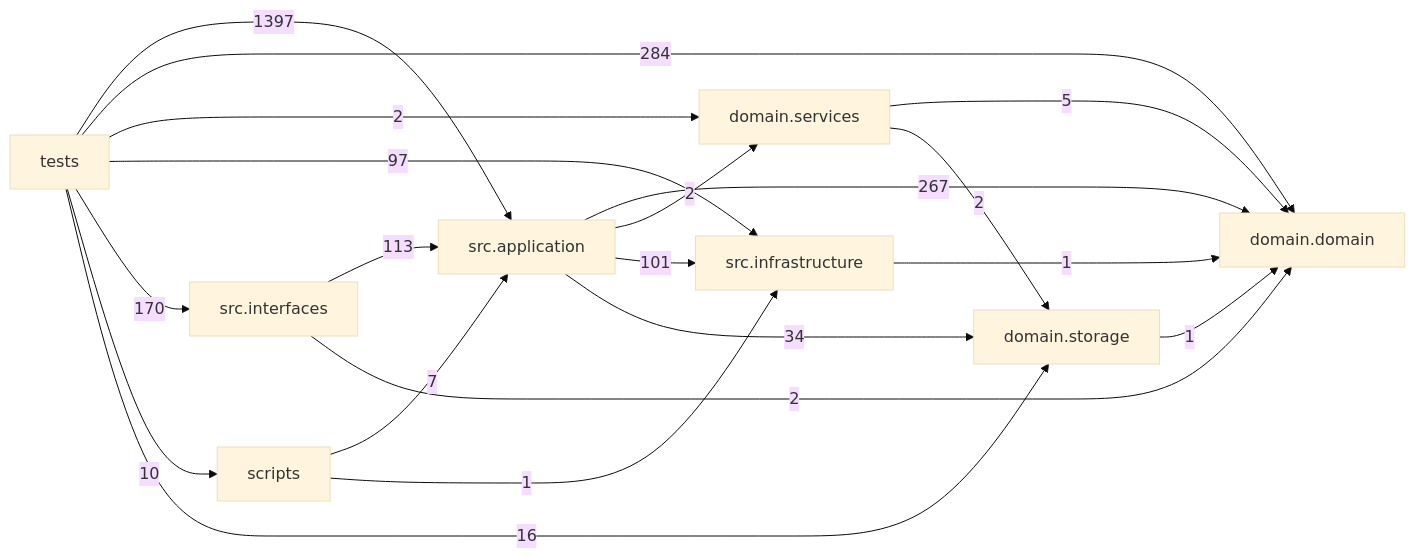
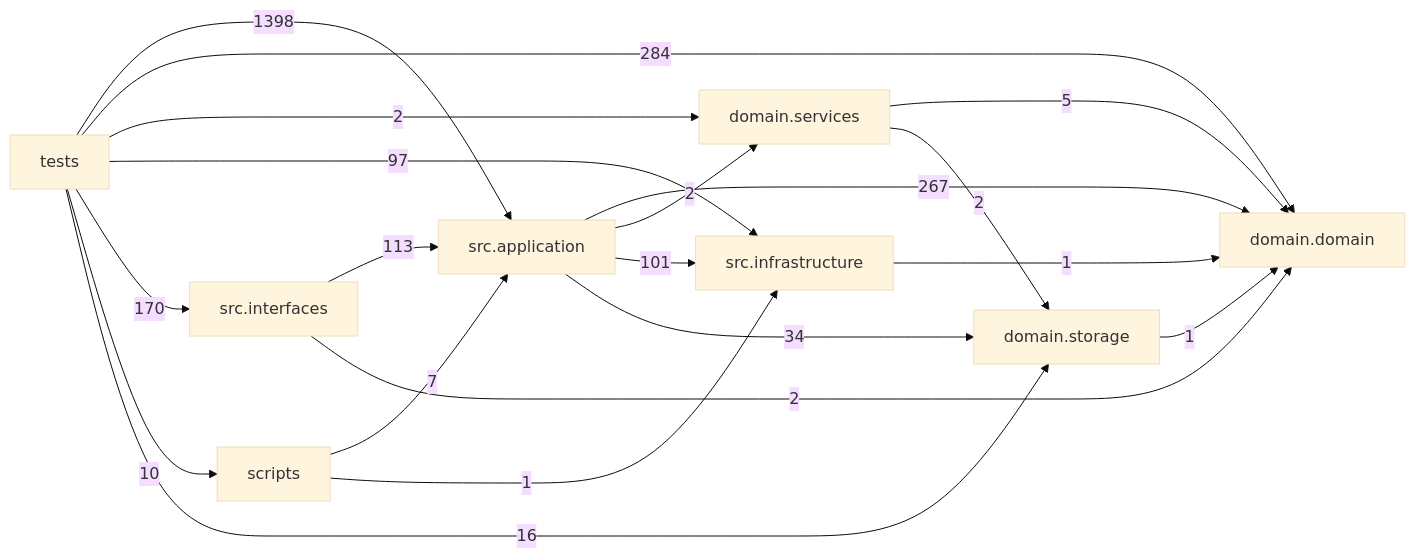
Before and after one commit to liuxie066/options-monitor: the diagram in docs/DEPENDENCY_GRAPH.md, drawn with Mermaid (base theme). The commit also changed other lines of this file and 8 other files, not shown here.

````diff
--- a/docs/DEPENDENCY_GRAPH.md
+++ b/docs/DEPENDENCY_GRAPH.md
@@ -24,30 +24,30 @@
 ```mermaid
 flowchart LR
   tests["tests"]
   scripts["scripts"]
   interfaces["src.interfaces"]
   application["src.application"]
   infrastructure["src.infrastructure"]
   domain_services["domain.services"]
   domain["domain.domain"]
   storage["domain.storage"]
   application -->|267| domain
   application -->|2| domain_services
   application -->|101| infrastructure
   application -->|34| storage
   domain_services -->|5| domain
   domain_services -->|2| storage
   infrastructure -->|1| domain
   interfaces -->|113| application
   interfaces -->|2| domain
   scripts -->|7| application
   scripts -->|1| infrastructure
   storage -->|1| domain
-  tests -->|1397| application
+  tests -->|1398| application
   tests -->|284| domain
   tests -->|2| domain_services
   tests -->|97| infrastructure
   tests -->|170| interfaces
   tests -->|10| scripts
   tests -->|16| storage
 ```
````
